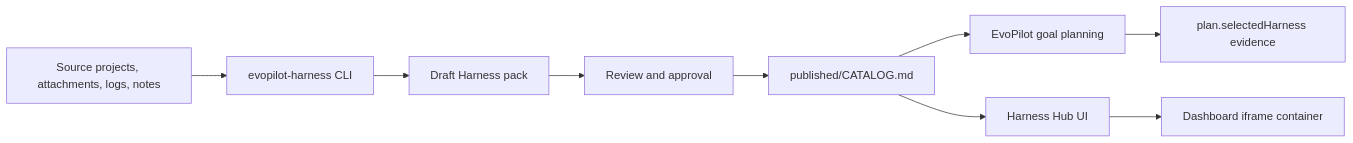
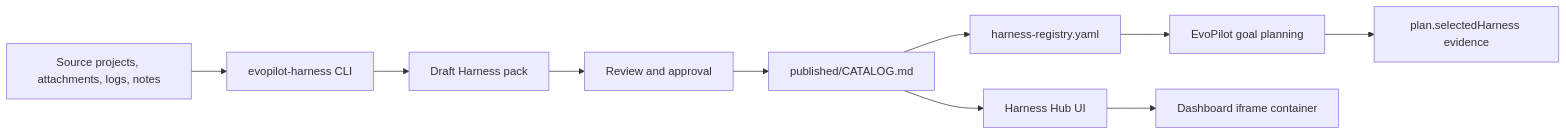
One commit to yeliang-wang/evopilot-harness changed the diagram in README.md. Above: the diagram before and after it, drawn with Mermaid. The commit also changed other lines of this file and 18 other files, not shown here.

Commit message:
Release evopilot-harness v1.2.0 registry support

````diff
--- a/README.md
+++ b/README.md
@@ -57,11 +59,12 @@
 ```mermaid
 flowchart LR
   Source["Source projects, attachments, logs, notes"] --> Factory["evopilot-harness CLI"]
   Factory --> Draft["Draft Harness pack"]
   Draft --> Review["Review and approval"]
   Review --> Catalog["published/CATALOG.md"]
-  Catalog --> EvoPilot["EvoPilot goal planning"]
+  Catalog --> Registry["harness-registry.yaml"]
+  Registry --> EvoPilot["EvoPilot goal planning"]
   Catalog --> Hub["Harness Hub UI"]
   Hub --> Dashboard["Dashboard iframe container"]
   EvoPilot --> Selected["plan.selectedHarness evidence"]
 ```
````
